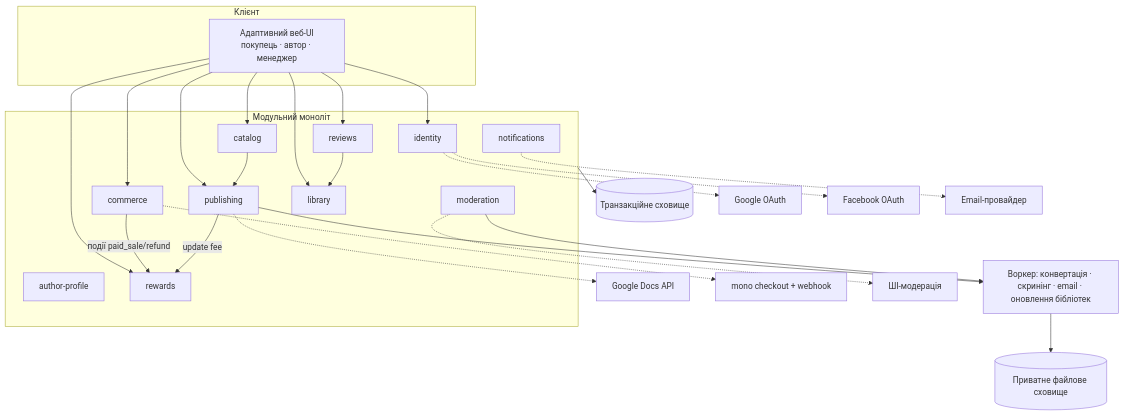
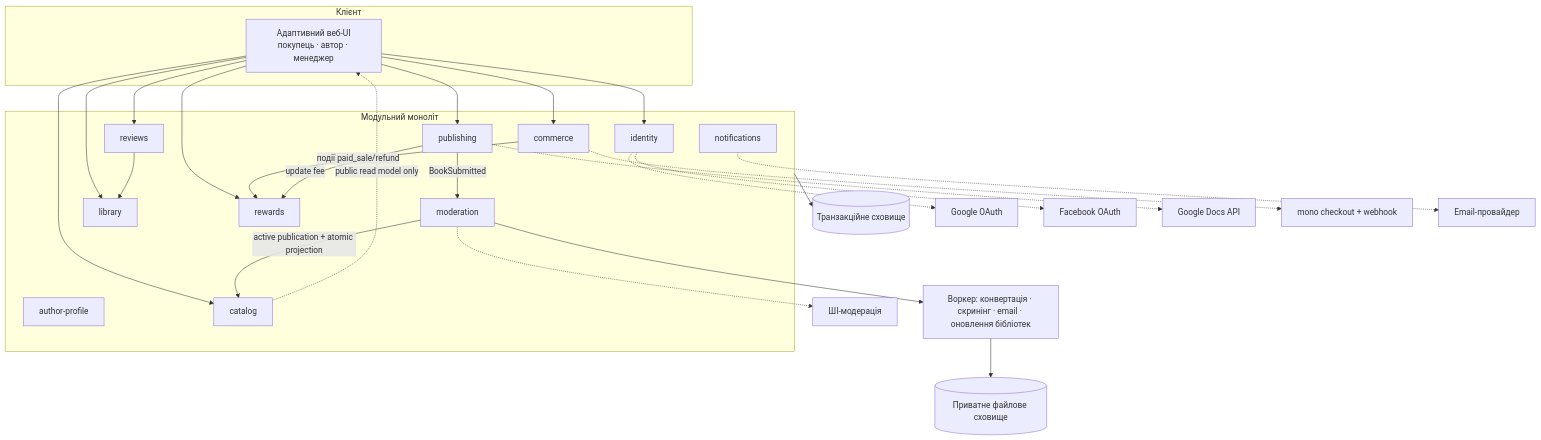
One commit to Ingwarski/UkieBook-3 changed the diagram in docs/architecture.md. Above: the diagram before and after it, drawn with Mermaid. The commit also changed other lines of this file and 60 other files, not shown here.

````diff
--- a/docs/architecture.md
+++ b/docs/architecture.md
@@ -132,36 +137,37 @@
 ```mermaid
 flowchart TB
   subgraph Клієнт
     UI[Адаптивний веб-UI\nпокупець · автор · менеджер]
   end
   subgraph Ядро[Модульний моноліт]
     ID[identity]
     AP[author-profile]
     PB[publishing]
     CT[catalog]
     MD[moderation]
     CM[commerce]
     LB[library]
     RV[reviews]
     RW[rewards]
     NT[notifications]
   end
   W[Воркер: конвертація · скринінг · email · оновлення бібліотек]
   S[(Транзакційне сховище)]
   F[(Приватне файлове сховище)]
   UI --> ID & CT & CM & LB & RV & PB & RW
-  PB --> W
+  PB -->|BookSubmitted| MD
   MD --> W
+  MD -->|active publication + atomic projection| CT
   CM -->|події paid_sale/refund| RW
   PB -->|update fee| RW
   RV --> LB
-  CT --> PB
+  CT -.->|public read model only| UI
   W --> F
   Ядро --> S
   ID -.-> G[Google OAuth]
   ID -.-> FB[Facebook OAuth]
   PB -.-> GD[Google Docs API]
   CM -.-> MO[mono checkout + webhook]
   NT -.-> EM[Email-провайдер]
   MD -.-> AI[ШІ-модерація]
 ```
````
